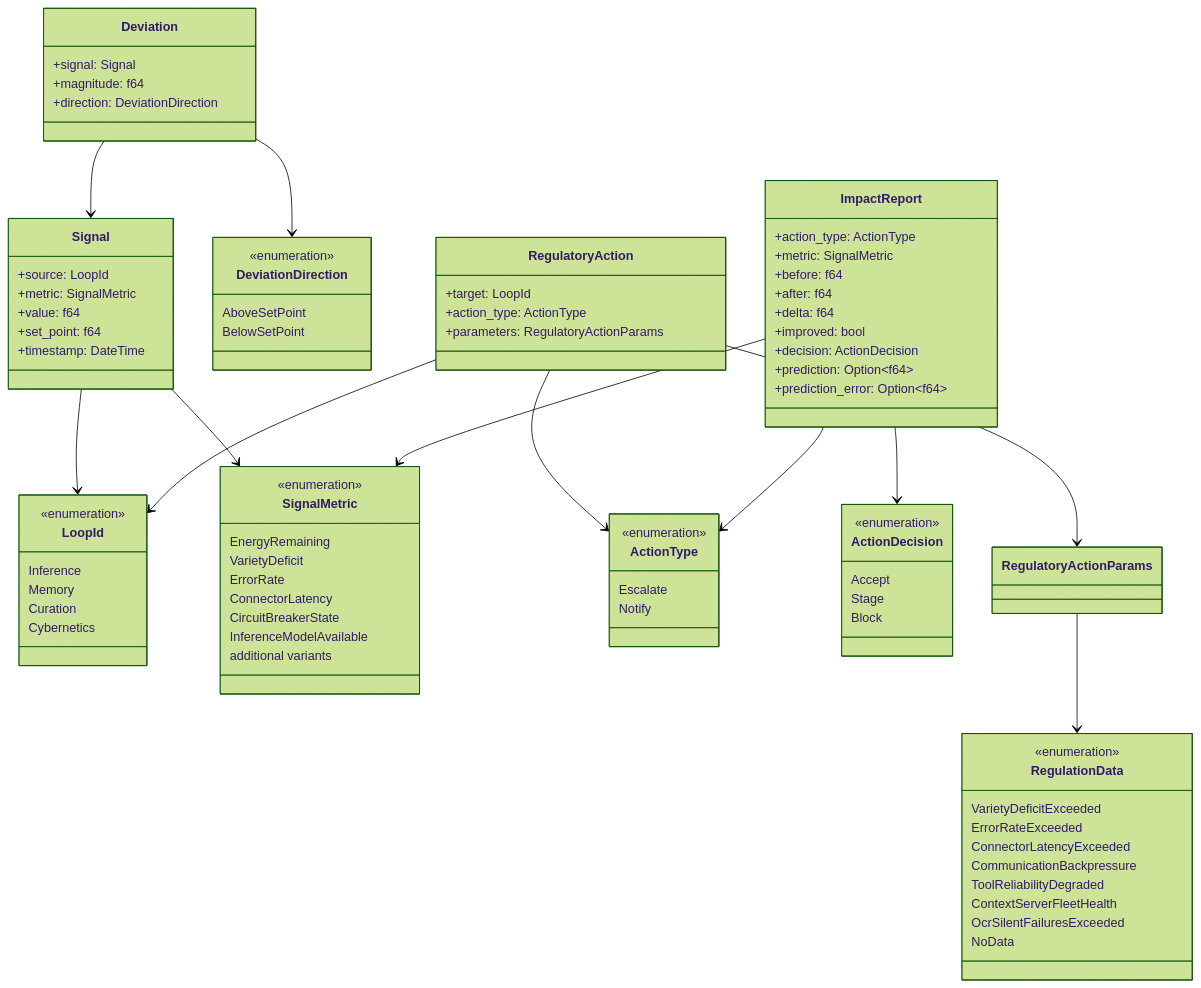
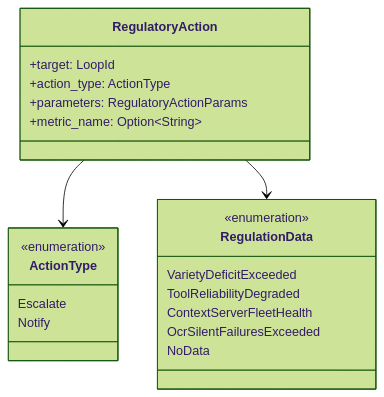
Before and after one commit to mdz-axo/zed-kask: the second of 2 diagrams in kask/docs/diataxis/hkask-regulation/reference.md, drawn with Mermaid (forest theme). The commit also changed other lines of this file and 12 other files, not shown here.

````diff
--- a/kask/docs/diataxis/hkask-regulation/reference.md
+++ b/kask/docs/diataxis/hkask-regulation/reference.md
@@ -241,86 +111,24 @@
 ```mermaid
 classDiagram
-    class LoopId {
+    class ActionType {
         <<enumeration>>
-        Inference
-        Memory
-        Curation
-        Cybernetics
-    }
-    class SignalMetric {
-        <<enumeration>>
-        EnergyRemaining
-        VarietyDeficit
-        ErrorRate
-        ConnectorLatency
-        CircuitBreakerState
-        InferenceModelAvailable
-        additional variants
-    }
-    class Signal {
-        +source: LoopId
-        +metric: SignalMetric
-        +value: f64
-        +set_point: f64
-        +timestamp: DateTime
-    }
-    class Deviation {
-        +signal: Signal
-        +magnitude: f64
-        +direction: DeviationDirection
-    }
-    class DeviationDirection {
-        <<enumeration>>
-        AboveSetPoint
-        BelowSetPoint
+        Escalate
+        Notify
     }
     class RegulatoryAction {
         +target: LoopId
         +action_type: ActionType
         +parameters: RegulatoryActionParams
-    }
-    class ActionType {
-        <<enumeration>>
-        Escalate
-        Notify
+        +metric_name: Option~String~
     }
     class RegulationData {
         <<enumeration>>
         VarietyDeficitExceeded
-        ErrorRateExceeded
-        ConnectorLatencyExceeded
-        CommunicationBackpressure
         ToolReliabilityDegraded
         ContextServerFleetHealth
         OcrSilentFailuresExceeded
         NoData
     }
-    class ImpactReport {
-        +action_type: ActionType
-        +metric: SignalMetric
-        +before: f64
-        +after: f64
-        +delta: f64
-        +improved: bool
-        +decision: ActionDecision
-        +prediction: Option~f64~
-        +prediction_error: Option~f64~
-    }
-    class ActionDecision {
-        <<enumeration>>
-        Accept
-        Stage
-        Block
-    }
-    Signal --> LoopId
-    Signal --> SignalMetric
-    Deviation --> Signal
-    Deviation --> DeviationDirection
-    RegulatoryAction --> LoopId
     RegulatoryAction --> ActionType
-    RegulatoryAction --> RegulatoryActionParams
-    RegulatoryActionParams --> RegulationData
-    ImpactReport --> ActionType
-    ImpactReport --> SignalMetric
-    ImpactReport --> ActionDecision
+    RegulatoryAction --> RegulationData
 ```
````
